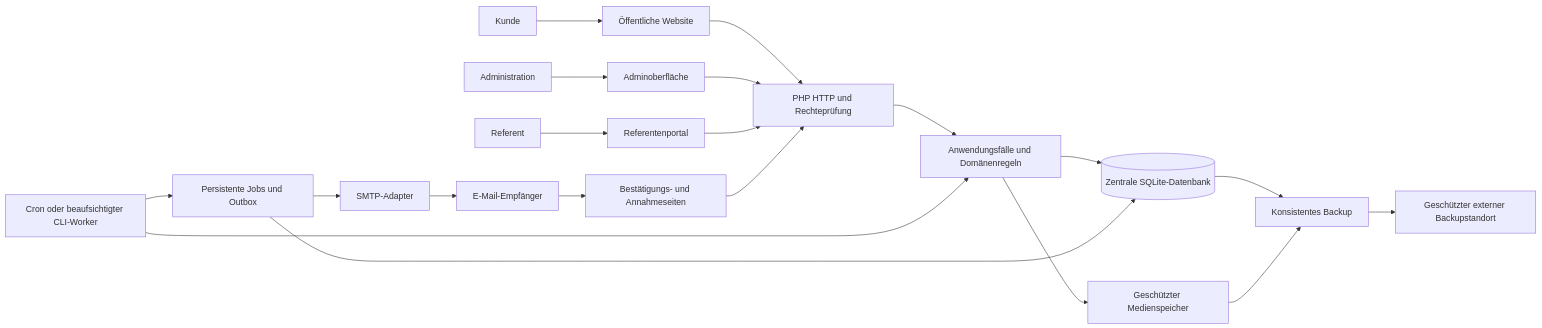
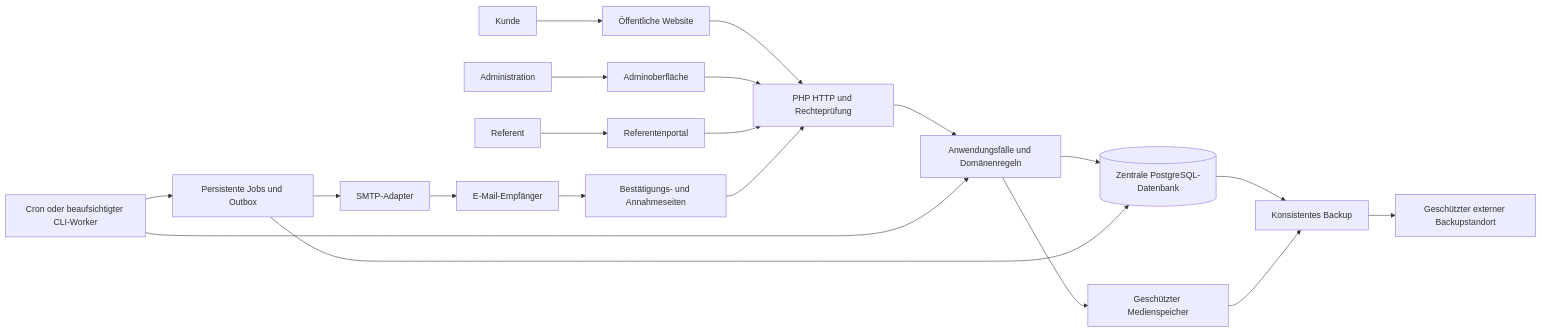
Before and after one commit to moritzkopsch/Corps_Akademie: the first of 4 diagrams in docs/ARCHITEKTUR.md, drawn with Mermaid. The commit also changed other lines of this file and 31 other files, not shown here.

First line of the commit message:
Stelle die Datenbank auf PostgreSQL um

````diff
--- a/docs/ARCHITEKTUR.md
+++ b/docs/ARCHITEKTUR.md
@@ -117,22 +117,22 @@
 ```mermaid
 flowchart LR
     K[Kunde] --> W[Öffentliche Website]
     A[Administration] --> B[Adminoberfläche]
     R[Referent] --> P[Referentenportal]
     W --> H[PHP HTTP und Rechteprüfung]
     B --> H
     P --> H
     H --> F[Anwendungsfälle und Domänenregeln]
-    F --> D[(Zentrale SQLite-Datenbank)]
+    F --> D[(Zentrale PostgreSQL-Datenbank)]
     F --> M[Geschützter Medienspeicher]
     C[Cron oder beaufsichtigter CLI-Worker] --> F
     C --> Q[Persistente Jobs und Outbox]
     Q --> D
     Q --> S[SMTP-Adapter]
     S --> E[E-Mail-Empfänger]
     E --> V[Bestätigungs- und Annahmeseiten]
     V --> H
     D --> U[Konsistentes Backup]
     M --> U
     U --> X[Geschützter externer Backupstandort]
 ```
````
